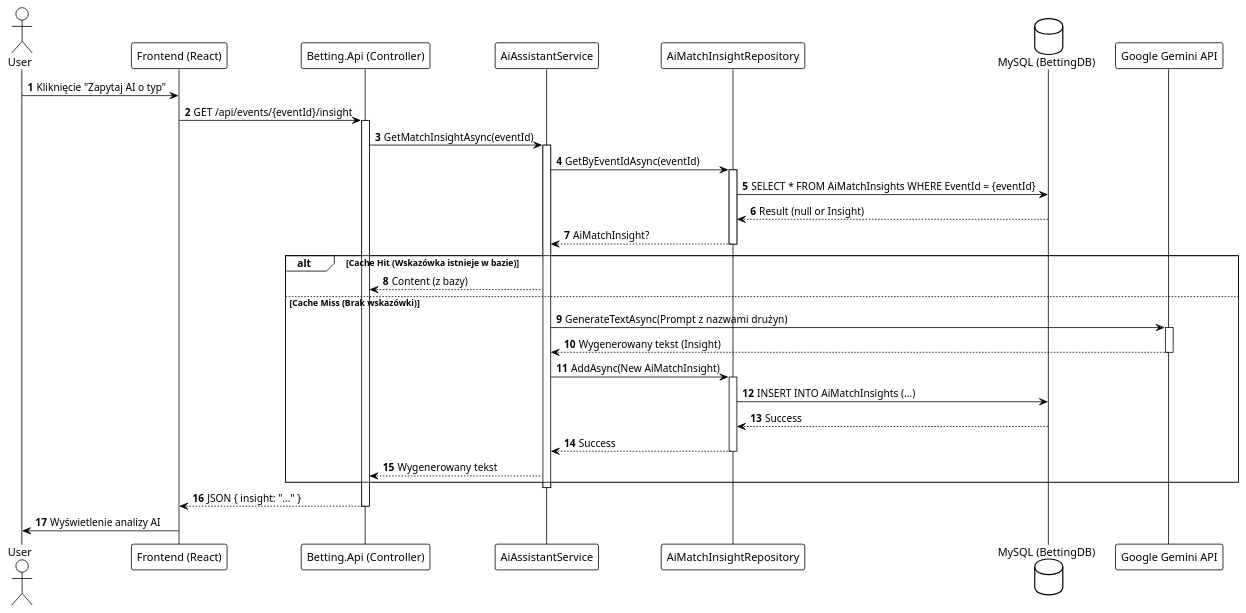
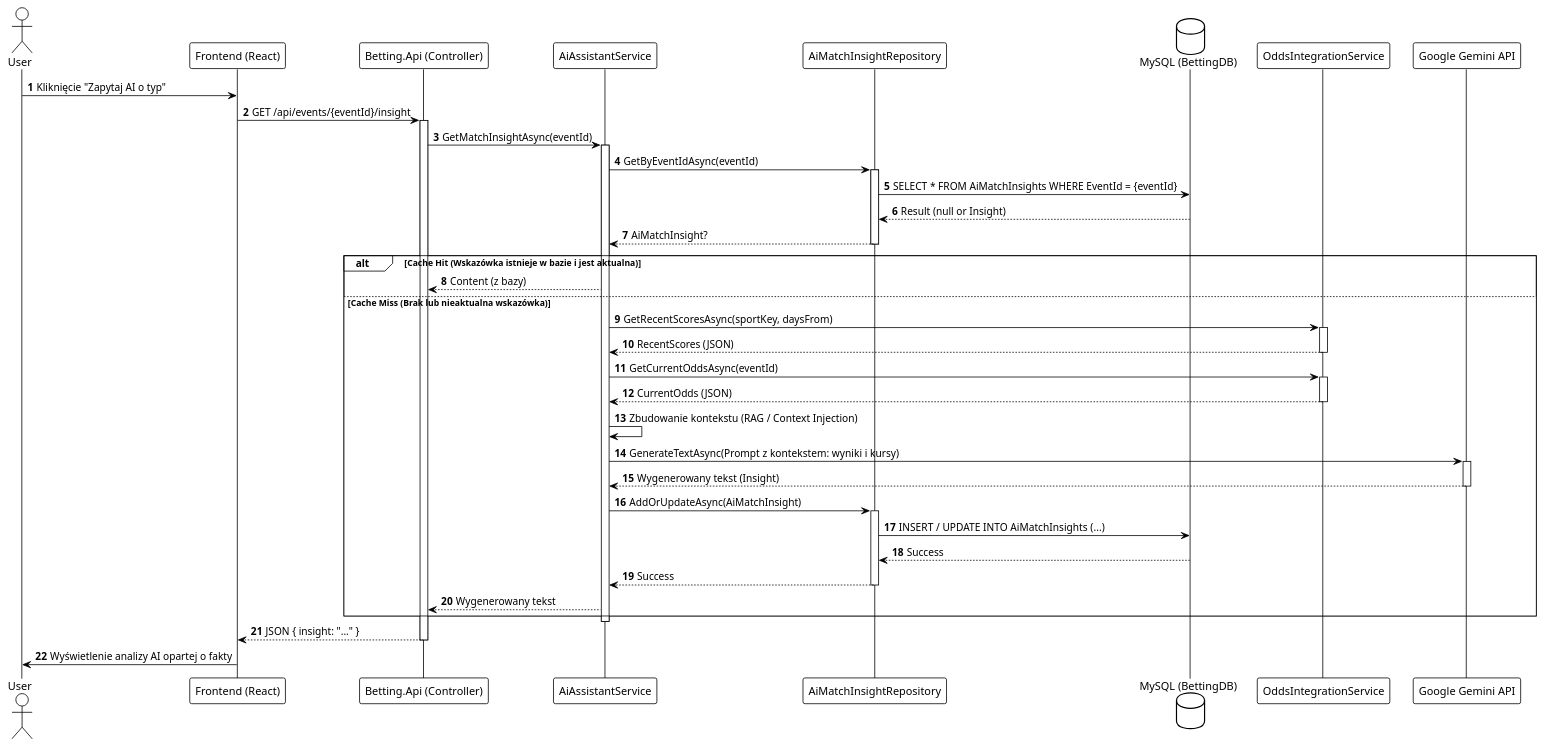
The diagram in docs/ai_match_insights_sequence.puml (GrzegorzPolewczak/67Bet), drawn with PlantUML before and after one commit. The commit also changed 22 other files, not shown here.

Commit message:
uprawnienie ai match insights próba 1

```diff
--- a/docs/ai_match_insights_sequence.puml
+++ b/docs/ai_match_insights_sequence.puml
@@ -1,51 +1,64 @@
 @startuml AI_Match_Insights_Sequence
 !theme plain
 autonumber
 
 actor User
 participant "Frontend (React)" as FE
 participant "Betting.Api (Controller)" as API
 participant "AiAssistantService" as Service
 participant "AiMatchInsightRepository" as Repo
 database "MySQL (BettingDB)" as DB
+participant "OddsIntegrationService" as OddsAPI
 participant "Google Gemini API" as Gemini
 
 User -> FE : Kliknięcie "Zapytaj AI o typ"
 FE -> API : GET /api/events/{eventId}/insight
 activate API
 
 API -> Service : GetMatchInsightAsync(eventId)
 activate Service
 
 Service -> Repo : GetByEventIdAsync(eventId)
 activate Repo
 Repo -> DB : SELECT * FROM AiMatchInsights WHERE EventId = {eventId}
 DB --> Repo : Result (null or Insight)
 Repo --> Service : AiMatchInsight?
 deactivate Repo
 
-alt Cache Hit (Wskazówka istnieje w bazie)
+alt Cache Hit (Wskazówka istnieje w bazie i jest aktualna)
     Service --> API : Content (z bazy)
-else Cache Miss (Brak wskazówki)
-    Service -> Gemini : GenerateTextAsync(Prompt z nazwami drużyn)
+else Cache Miss (Brak lub nieaktualna wskazówka)
+    Service -> OddsAPI : GetRecentScoresAsync(sportKey, daysFrom)
+    activate OddsAPI
+    OddsAPI --> Service : RecentScores (JSON)
+    deactivate OddsAPI
+
+    Service -> OddsAPI : GetCurrentOddsAsync(eventId)
+    activate OddsAPI
+    OddsAPI --> Service : CurrentOdds (JSON)
+    deactivate OddsAPI
+
+    Service -> Service : Zbudowanie kontekstu (RAG / Context Injection)
+
+    Service -> Gemini : GenerateTextAsync(Prompt z kontekstem: wyniki i kursy)
     activate Gemini
     Gemini --> Service : Wygenerowany tekst (Insight)
     deactivate Gemini
-    
-    Service -> Repo : AddAsync(New AiMatchInsight)
+
+    Service -> Repo : AddOrUpdateAsync(AiMatchInsight)
     activate Repo
-    Repo -> DB : INSERT INTO AiMatchInsights (...)
+    Repo -> DB : INSERT / UPDATE INTO AiMatchInsights (...)
     DB --> Repo : Success
     Repo --> Service : Success
     deactivate Repo
-    
+
     Service --> API : Wygenerowany tekst
 end
 
 deactivate Service
 
 API --> FE : JSON { insight: "..." }
 deactivate API
 
-FE -> User : Wyświetlenie analizy AI
+FE -> User : Wyświetlenie analizy AI opartej o fakty
 @enduml
```
